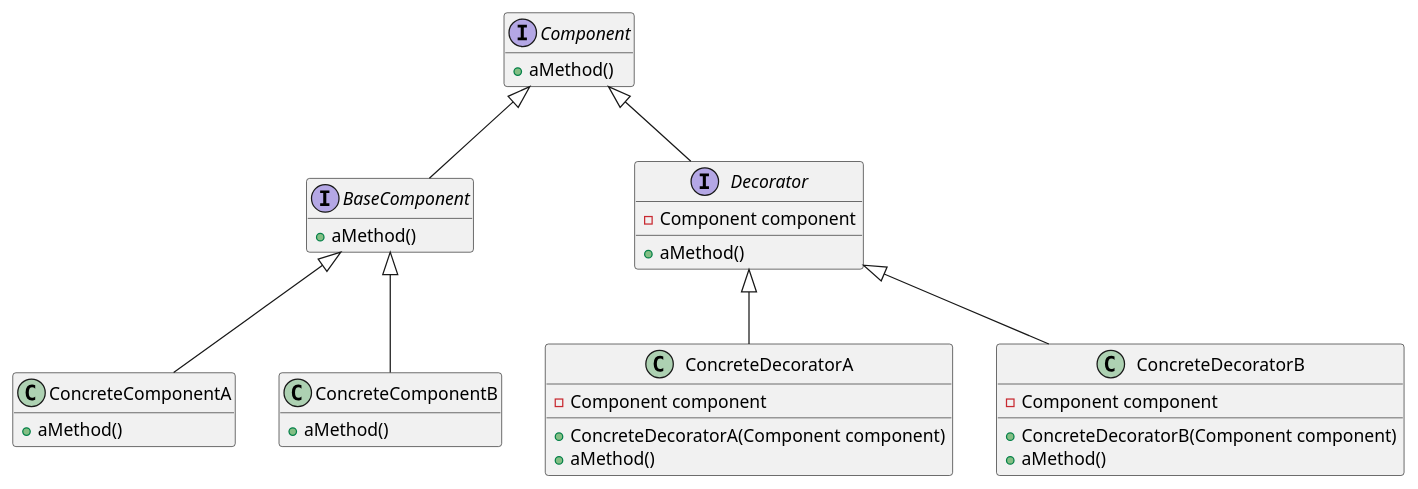
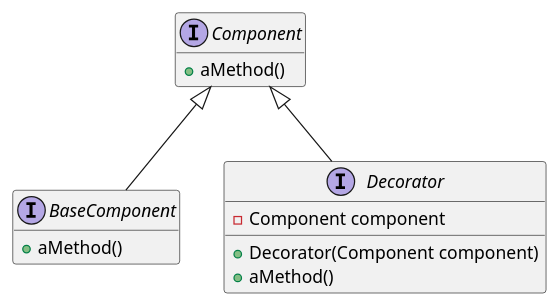
The diagram in DecoratorPattern/DecoratorPattern.puml (gama79530/DesignPattern), drawn with PlantUML before and after one commit. The commit also changed 4 other files, not shown here.

Commit message:
Refactor: simiplify the UML of each pattern

```diff
--- a/DecoratorPattern/DecoratorPattern.puml
+++ b/DecoratorPattern/DecoratorPattern.puml
@@ -1,45 +1,22 @@
 @startuml DecoratorPattern
 hide empty members
 
 interface Component{
     + aMethod()
 } 
 
 interface BaseComponent{
     + aMethod()
 }
 
-class ConcreteComponentA{
-    + aMethod()
-}
-
-class ConcreteComponentB{
-    + aMethod()
-}
-
 interface Decorator{
     - Component component
-    + aMethod()
-}
-
-class  ConcreteDecoratorA{
-    - Component component
-    + ConcreteDecoratorA(Component component)
-    + aMethod()
-}
-
-class  ConcreteDecoratorB{
-    - Component component
-    + ConcreteDecoratorB(Component component)
+    + Decorator(Component component)
     + aMethod()
 }
 
 Component <|-- BaseComponent
-BaseComponent <|-- ConcreteComponentA
-BaseComponent <|-- ConcreteComponentB
 
 Component <|-- Decorator
-Decorator <|-- ConcreteDecoratorA
-Decorator <|-- ConcreteDecoratorB
 
 @enduml
```
